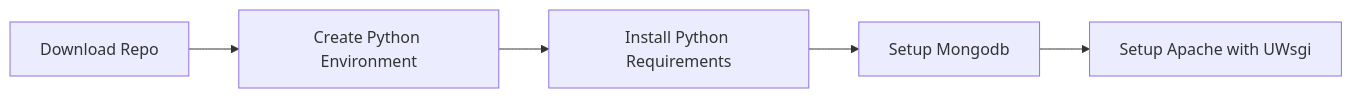
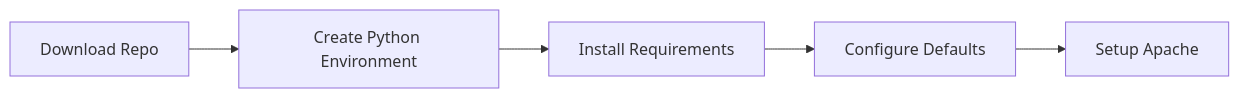
One commit to kuhn-ruess/cmdbsyncer-docs changed the diagram in docs/installation/setup_code.md. Above: the diagram before and after it, drawn with Mermaid. The commit also changed other lines of this file and 2 other files, not shown here.

````diff
--- a/docs/installation/setup_code.md
+++ b/docs/installation/setup_code.md
@@ -8,5 +8,4 @@
 ``` mermaid
 graph LR
-
-A[Download Repo] --> B[Create Python Environment] --> C[Install Python Requirements] --> D[Setup Mongodb] --> E[Setup Apache with UWsgi]
+A[Download Repo] --> B[Create Python Environment] --> C[Install Requirements] --> D[Configure Defaults] --> E[Setup Apache]
 ```
````
